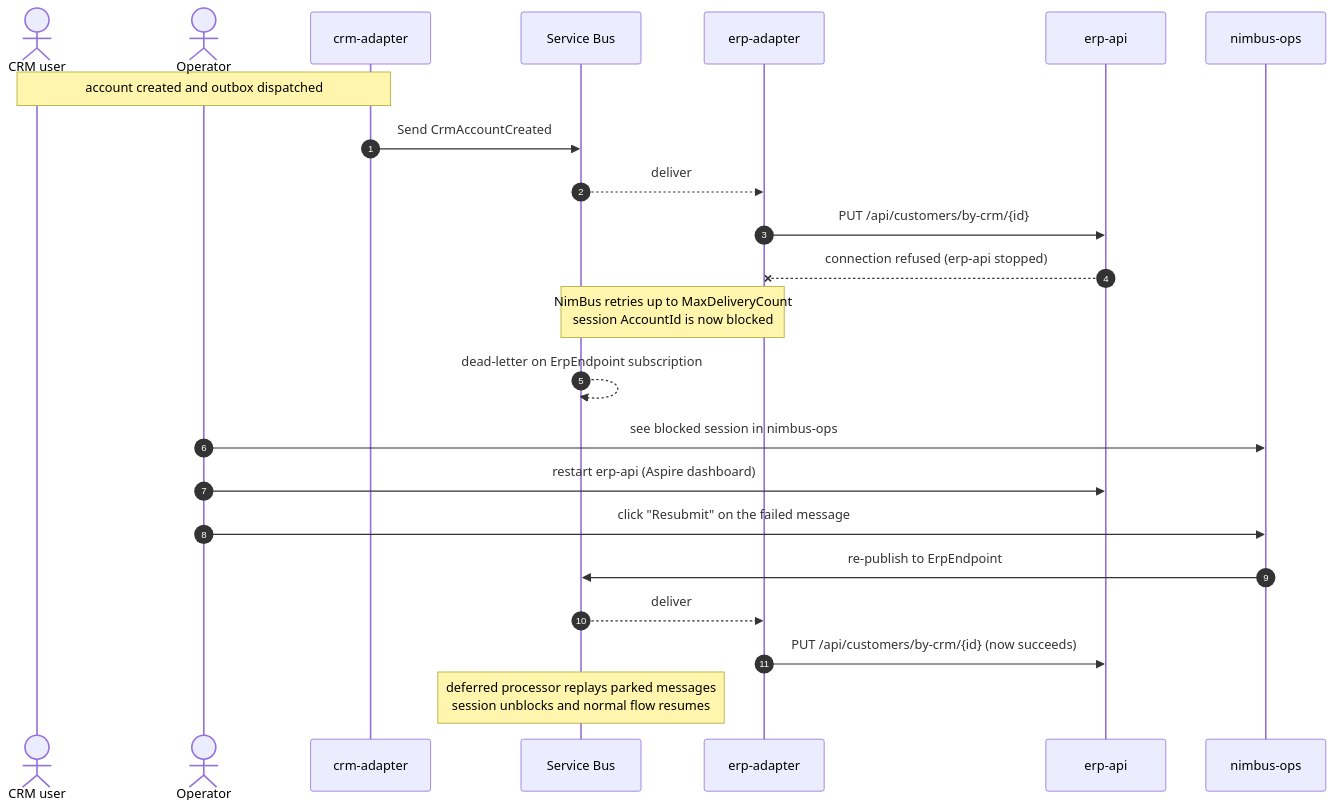
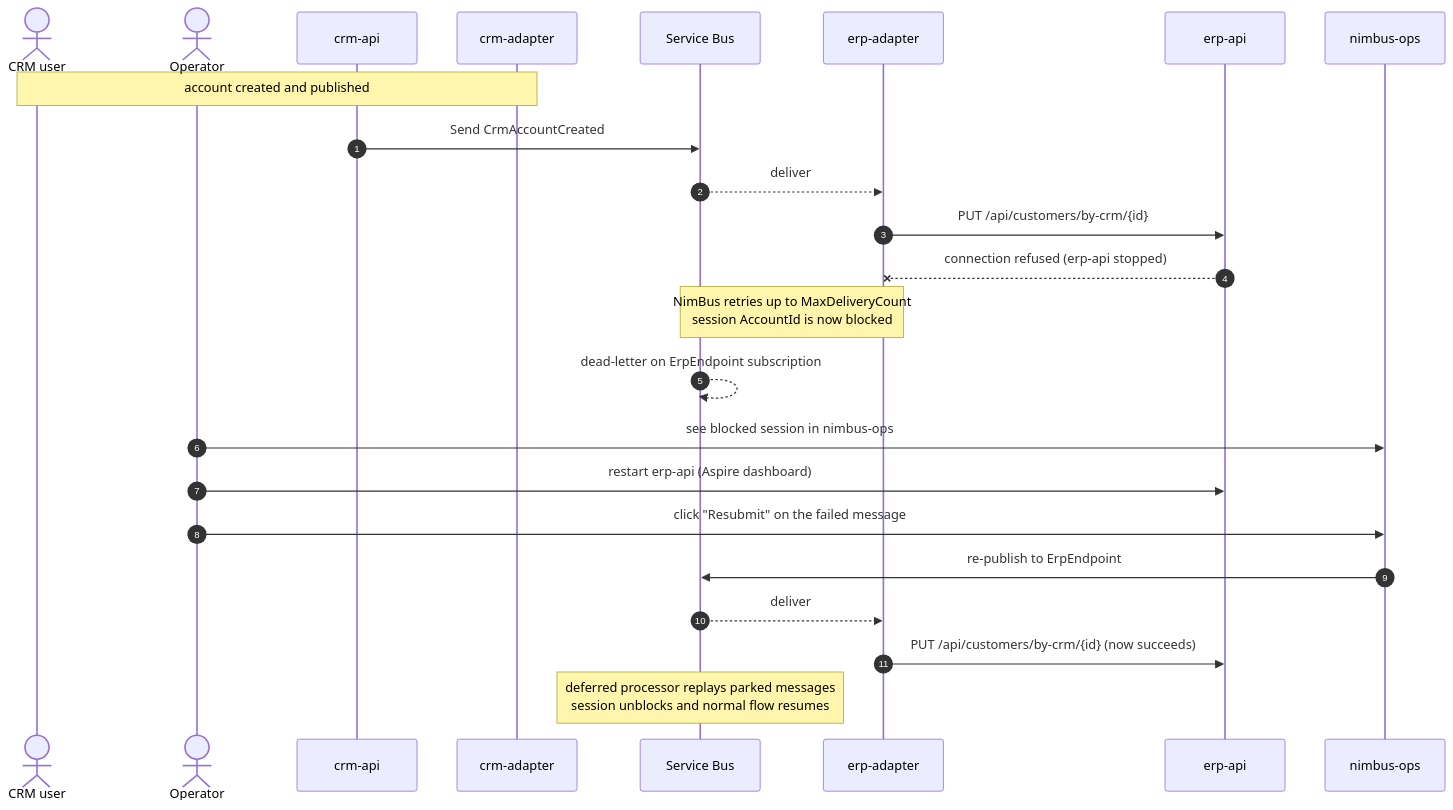
Before and after one commit to akakaule/NimBus: the sixth of 6 diagrams in samples/CrmErpDemo/README.md, drawn with Mermaid. The commit also changed other lines of this file and 18 other files, not shown here.

First line of the commit message:
refactor(samples): CrmErpDemo CRM-side publishes directly; outbox demo lives on ERP

````diff
--- a/samples/CrmErpDemo/README.md
+++ b/samples/CrmErpDemo/README.md
@@ -258,29 +254,30 @@
 ```mermaid
 sequenceDiagram
     autonumber
     actor User as CRM user
     actor Op as Operator
+    participant CrmApi as crm-api
     participant CrmAd as crm-adapter
     participant SB as Service Bus
     participant ErpAd as erp-adapter
     participant ErpApi as erp-api
     participant Ops as nimbus-ops
 
-    Note over User,CrmAd: account created and outbox dispatched
-    CrmAd->>SB: Send CrmAccountCreated
+    Note over User,CrmAd: account created and published
+    CrmApi->>SB: Send CrmAccountCreated
     SB-->>ErpAd: deliver
     ErpAd->>ErpApi: PUT /api/customers/by-crm/{id}
     ErpApi--xErpAd: connection refused (erp-api stopped)
 
     Note over SB,ErpAd: NimBus retries up to MaxDeliveryCount<br/>session AccountId is now blocked
     SB-->>SB: dead-letter on ErpEndpoint subscription
 
     Op->>Ops: see blocked session in nimbus-ops
     Op->>ErpApi: restart erp-api (Aspire dashboard)
     Op->>Ops: click "Resubmit" on the failed message
     Ops->>SB: re-publish to ErpEndpoint
     SB-->>ErpAd: deliver
     ErpAd->>ErpApi: PUT /api/customers/by-crm/{id} (now succeeds)
 
     Note over SB: deferred processor replays parked messages<br/>session unblocks and normal flow resumes
 ```
````
